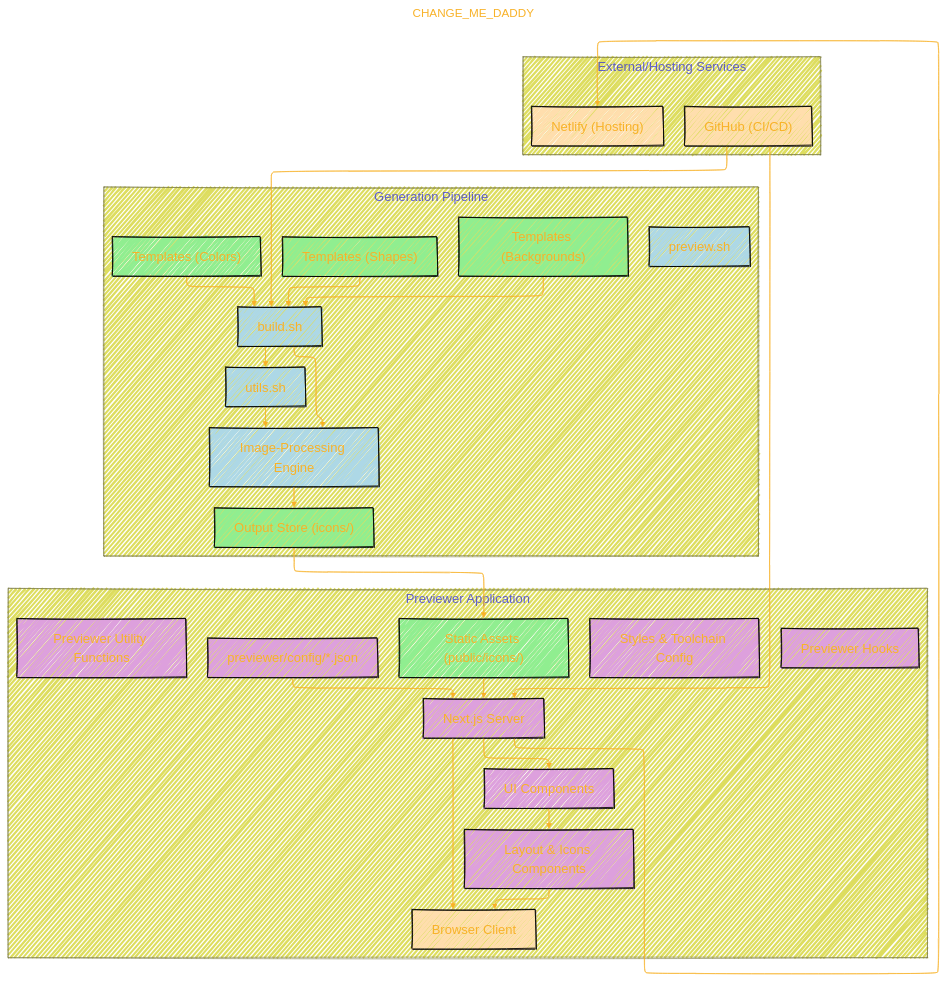
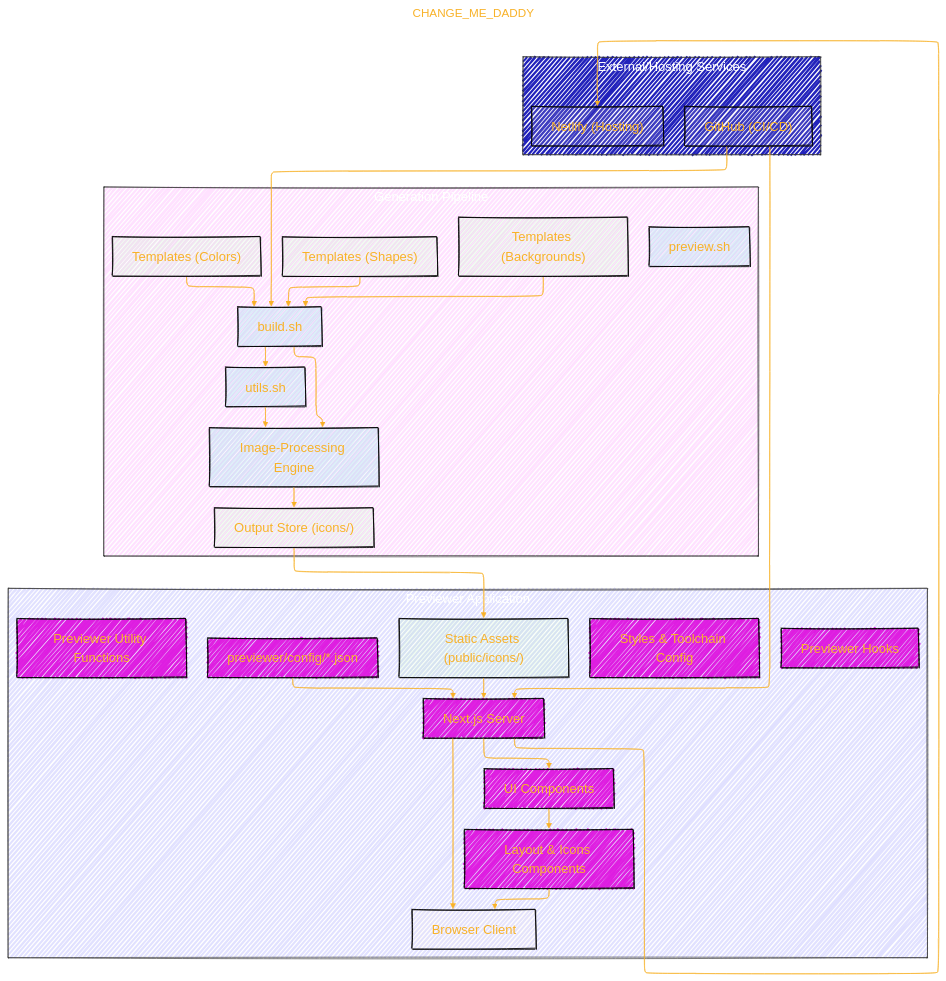
Before and after one commit to CongLeSolutionX/ArchExplorer: the first of 2 diagrams in VSCodium/icons.md, drawn with Mermaid.

Commit message:
update notes

````diff
--- a/VSCodium/icons.md
+++ b/VSCodium/icons.md
@@ -75,9 +75,9 @@
   }
 }%%
 flowchart TB
-  %% Generation Pipeline
-  subgraph "Generation Pipeline"
-    direction TB
+  subgraph Generation_Pipeline["Generation Pipeline"]
+  style Generation_Pipeline fill:#F2F2,stroke:#333,stroke-width:1px, color: #FFFF
+  direction TB
     TS["Templates (Shapes)"]:::storage
     TBk["Templates (Backgrounds)"]:::storage
     TC["Templates (Colors)"]:::storage
@@ -88,9 +88,9 @@
     OS["Output Store (icons/)"]:::storage
   end
 
-  %% Previewer Application
-  subgraph "Previewer Application"
-    direction TB
+  subgraph Previewer_Application["Previewer Application"]
+  style Previewer_Application fill:#22F2,stroke:#333,stroke-width:1px, color: #FFFF
+  direction TB
     SS["Next.js Server"]:::web
     SC["previewer/config/*.json"]:::web
     UI["UI Components"]:::web
@@ -102,9 +102,9 @@
     BR["Browser Client"]:::external
   end
 
-  %% External Services
-  subgraph "External/Hosting Services"
-    direction TB
+  subgraph External_Hosting_Services["External/Hosting Services"]
+  style External_Hosting_Services fill:#22BF,stroke:#333,stroke-width:1px, color: #FFFF
+  direction TB
     GH["GitHub (CI/CD)"]:::external
     NT["Netlify (Hosting)"]:::external
   end
@@ -157,8 +157,8 @@
   click ST "https://github.com/vscodium/icons/blob/main/previewer/prettier.config.js"
 
   %% Styles
-  classDef scripts fill:#add8e6,stroke:#000;
-  classDef storage fill:#90ee90,stroke:#000;
-  classDef web fill:#dda0dd,stroke:#000;
-  classDef external fill:#ffdead,stroke:#000;
+  classDef scripts fill:#ade6,stroke:#000;
+  classDef storage fill:#9e92,stroke:#000;
+  classDef web fill:#d0dd,stroke:#000;
+  classDef external fill:#fed2,stroke:#000;
 ```
````
